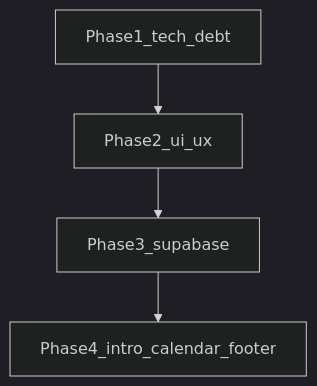
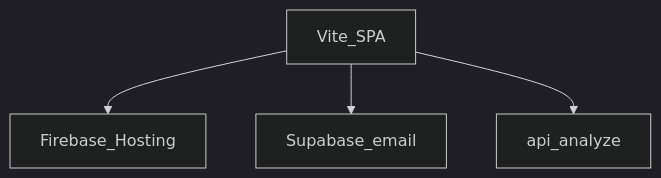
Before and after one commit to snuu09/myScrap: the diagram in ROADMAP.md, drawn with Mermaid (dark theme). The commit also changed other lines of this file and 8 other files, not shown here.

First line of the commit message:
Align agent rules and product docs with the Vite SPA on Firebase Hosting.

````diff
--- a/ROADMAP.md
+++ b/ROADMAP.md
@@ -13,8 +13,10 @@
 ```mermaid
 flowchart TB
-  p1[Phase1_tech_debt]
-  p2[Phase2_ui_ux]
-  p3[Phase3_supabase]
-  p4[Phase4_intro_calendar_footer]
-  p1 --> p2 --> p3 --> p4
+  spa[Vite_SPA]
+  host[Firebase_Hosting]
+  auth[Supabase_email]
+  fn[api_analyze]
+  spa --> host
+  spa --> auth
+  spa --> fn
 ```
````
